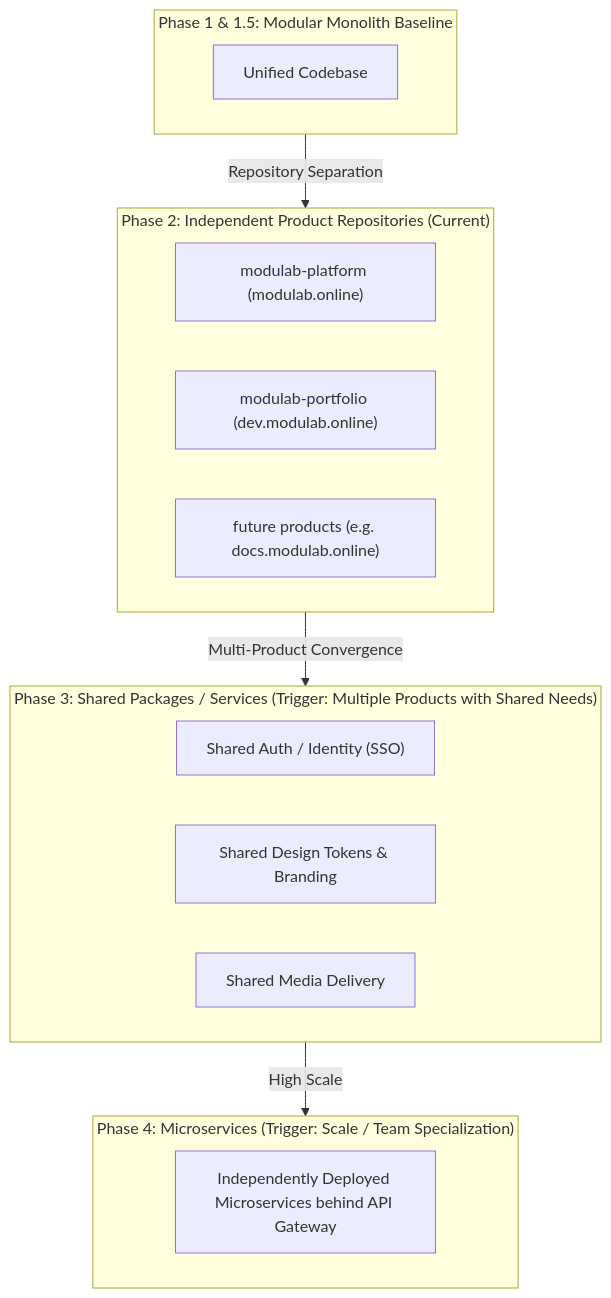
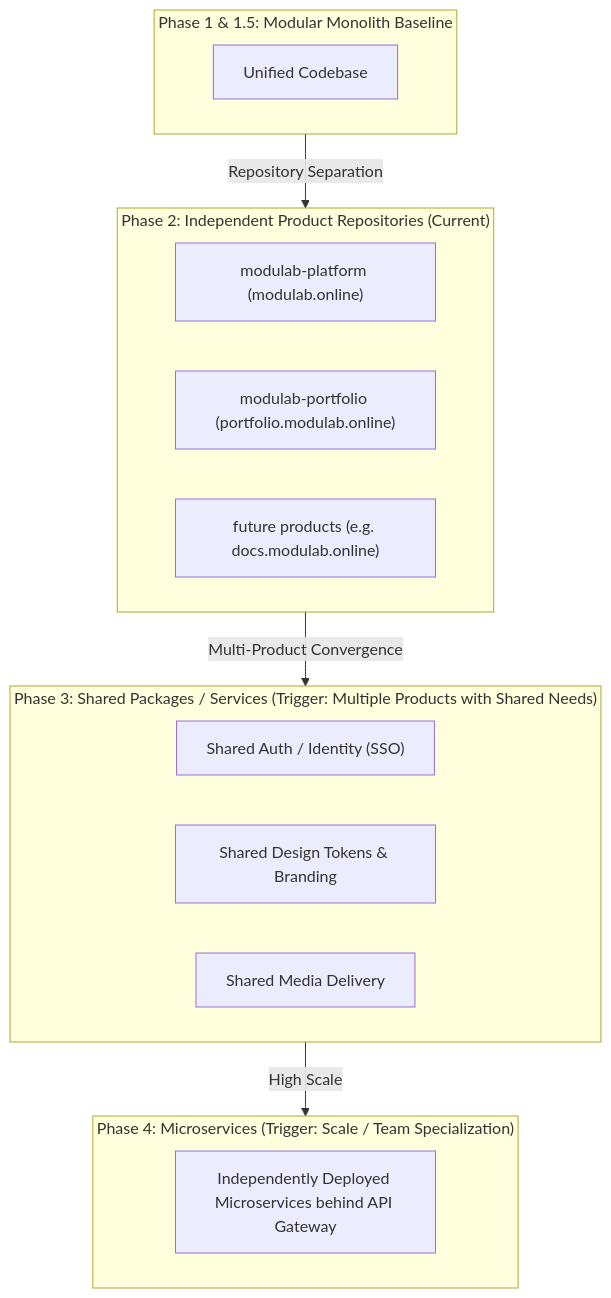
The sixth of 6 diagrams in docs/architecture/ARCHITECTURE.md (harishghorui/modulab-portfolio), drawn with Mermaid before and after one commit. The commit also changed other lines of this file and 8 other files, not shown here.

````diff
--- a/docs/architecture/ARCHITECTURE.md
+++ b/docs/architecture/ARCHITECTURE.md
@@ -303,26 +303,26 @@
 ```mermaid
 flowchart TD
     subgraph Phase1["Phase 1 & 1.5: Modular Monolith Baseline"]
         MonoApp["Unified Codebase"]
     end
 
     subgraph Phase2["Phase 2: Independent Product Repositories (Current)"]
         RepoPlatform["modulab-platform (modulab.online)"]
-        RepoPortfolio["modulab-portfolio (dev.modulab.online)"]
+        RepoPortfolio["modulab-portfolio (portfolio.modulab.online)"]
         RepoFuture["future products (e.g. docs.modulab.online)"]
     end
 
     subgraph Phase3["Phase 3: Shared Packages / Services (Trigger: Multiple Products with Shared Needs)"]
         SharedAuth["Shared Auth / Identity (SSO)"]
         SharedUI["Shared Design Tokens & Branding"]
         SharedMedia["Shared Media Delivery"]
     end
 
     subgraph Phase4["Phase 4: Microservices (Trigger: Scale / Team Specialization)"]
         MicroServices["Independently Deployed Microservices behind API Gateway"]
     end
 
     Phase1 -->|Repository Separation| Phase2
     Phase2 -->|Multi-Product Convergence| Phase3
     Phase3 -->|High Scale| Phase4
 ```
````
